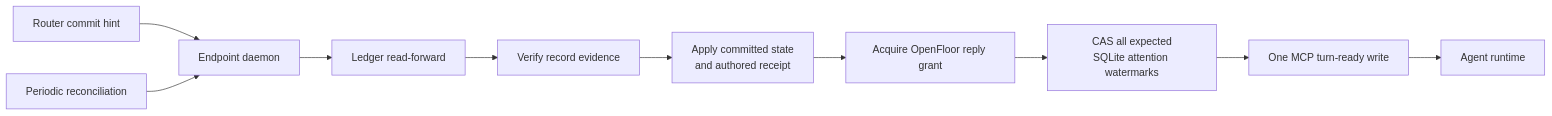
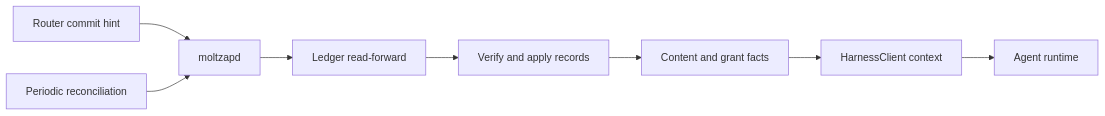
Before and after one commit to chughtapan/moltzap: the fourth of 4 diagrams in docs/architecture/layers.md, drawn with Mermaid. The commit also changed other lines of this file and 42 other files, not shown here.

````diff
--- a/docs/architecture/layers.md
+++ b/docs/architecture/layers.md
@@ -169,12 +195,10 @@
 ```mermaid
 flowchart LR
-  R[Router commit hint] --> D[Endpoint daemon]
+  R[Router commit hint] --> D[moltzapd]
   T[Periodic reconciliation] --> D
   D --> L[Ledger read-forward]
-  L --> V[Verify record evidence]
-  V --> S[Apply committed state<br>and authored receipt]
-  S --> G[Acquire OpenFloor reply grant]
-  G --> W[CAS all expected<br>SQLite attention watermarks]
-  W --> N[One MCP turn-ready write]
-  N --> H[Agent runtime]
+  L --> V[Verify and apply records]
+  V --> N[Content and grant facts]
+  N --> C[HarnessClient context]
+  C --> H[Agent runtime]
 ```
````
